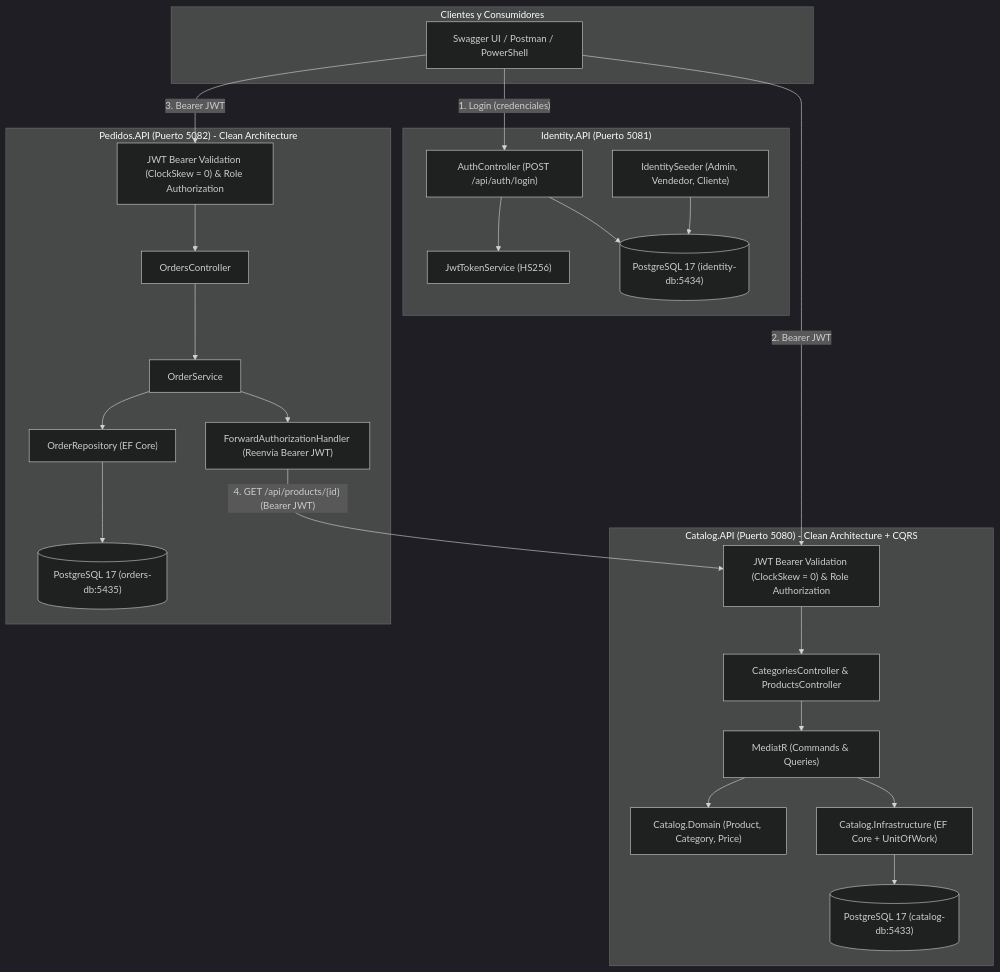
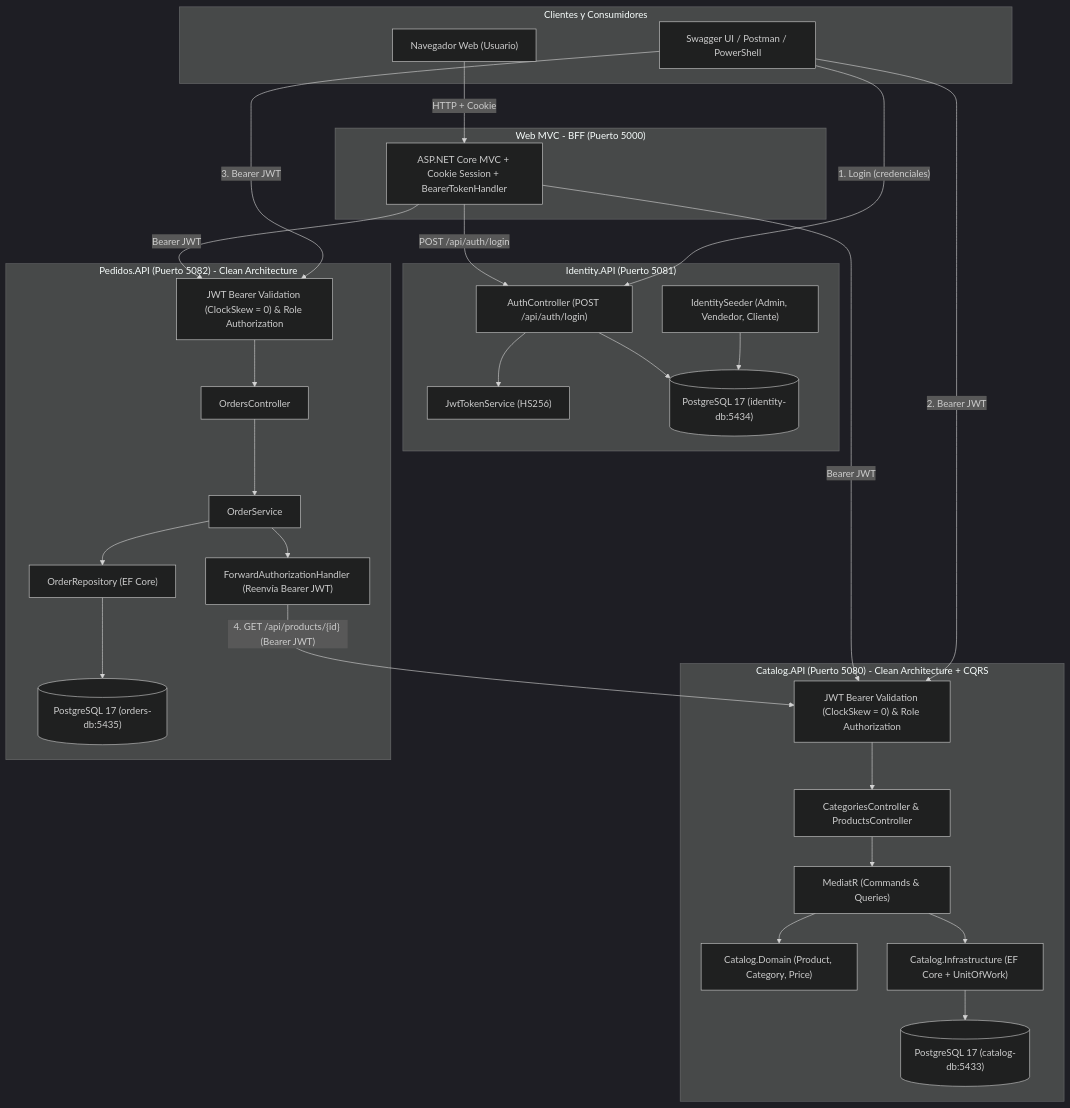
The diagram in README.md (efrencuadrado289348/catalogo-service), drawn with Mermaid (dark theme) before and after one commit. The commit also changed other lines of this file and 9 other files, not shown here.

````diff
--- a/README.md
+++ b/README.md
@@ -320,43 +352,52 @@
 ```mermaid
 flowchart TD
     subgraph Clients["Clientes y Consumidores"]
+        Browser["Navegador Web (Usuario)"]
         Swagger["Swagger UI / Postman / PowerShell"]
+    end
+
+    subgraph WebFrontend["Web MVC - BFF (Puerto 5000)"]
+        WebApp["ASP.NET Core MVC + Cookie Session + BearerTokenHandler"]
     end
 
     subgraph IdentityService["Identity.API (Puerto 5081)"]
         AuthCtrl["AuthController (POST /api/auth/login)"]
         JwtSvc["JwtTokenService (HS256)"]
         Seeder["IdentitySeeder (Admin, Vendedor, Cliente)"]
         IdentityDb[("PostgreSQL 17 (identity-db:5434)")]
         AuthCtrl --> JwtSvc
         AuthCtrl --> IdentityDb
         Seeder --> IdentityDb
     end
 
     subgraph CatalogService["Catalog.API (Puerto 5080) - Clean Architecture + CQRS"]
         CatAuth["JWT Bearer Validation (ClockSkew = 0) & Role Authorization"]
         CatCtrl["CategoriesController & ProductsController"]
         MediatR["MediatR (Commands & Queries)"]
         CatDomain["Catalog.Domain (Product, Category, Price)"]
         CatInfra["Catalog.Infrastructure (EF Core + UnitOfWork)"]
         CatalogDb[("PostgreSQL 17 (catalog-db:5433)")]
         CatAuth --> CatCtrl --> MediatR --> CatDomain
         MediatR --> CatInfra --> CatalogDb
     end
 
     subgraph PedidosService["Pedidos.API (Puerto 5082) - Clean Architecture"]
         OrdAuth["JWT Bearer Validation (ClockSkew = 0) & Role Authorization"]
         OrdCtrl["OrdersController"]
         OrdSvc["OrderService"]
         FwdHandler["ForwardAuthorizationHandler (Reenvía Bearer JWT)"]
         OrdInfra["OrderRepository (EF Core)"]
         OrdersDb[("PostgreSQL 17 (orders-db:5435)")]
         OrdAuth --> OrdCtrl --> OrdSvc --> OrdInfra --> OrdersDb
         OrdSvc --> FwdHandler
     end
 
+    Browser -->|"HTTP + Cookie"| WebApp
+    WebApp -->|"POST /api/auth/login"| AuthCtrl
+    WebApp -->|"Bearer JWT"| CatAuth
+    WebApp -->|"Bearer JWT"| OrdAuth
     Swagger -->|"1. Login (credenciales)"| AuthCtrl
     Swagger -->|"2. Bearer JWT"| CatAuth
     Swagger -->|"3. Bearer JWT"| OrdAuth
     FwdHandler -->|"4. GET /api/products/{id} (Bearer JWT)"| CatAuth
 ```
````
